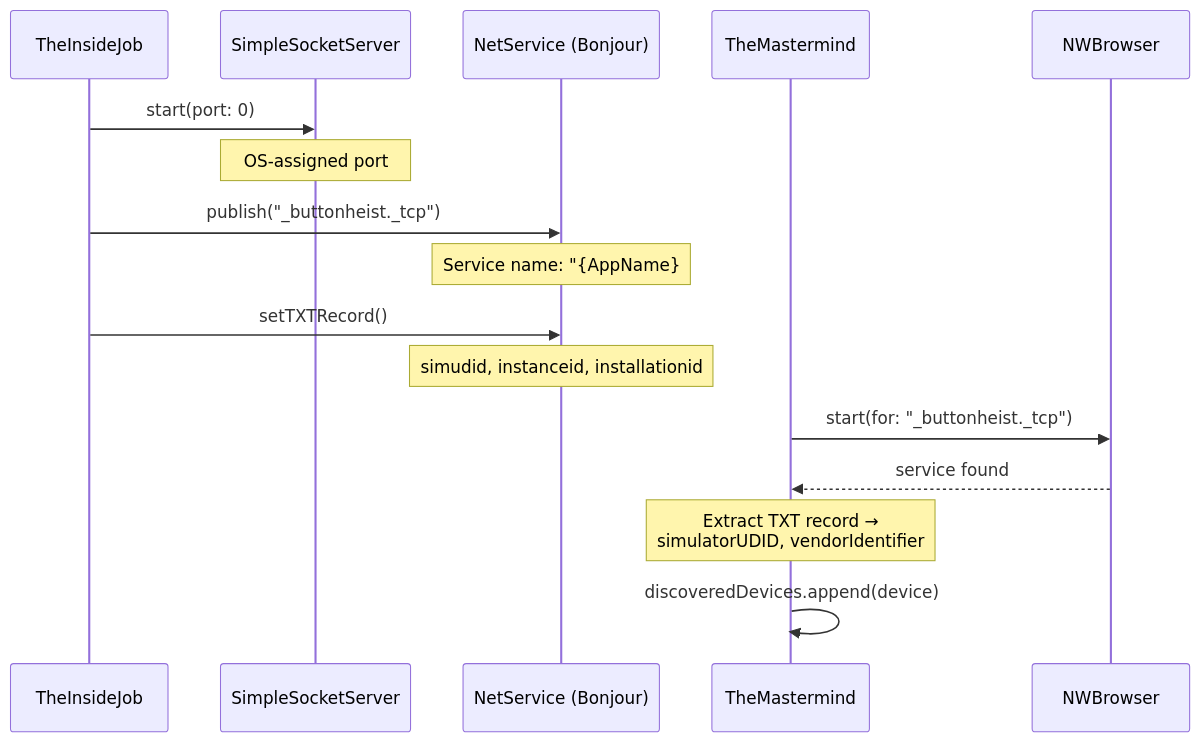
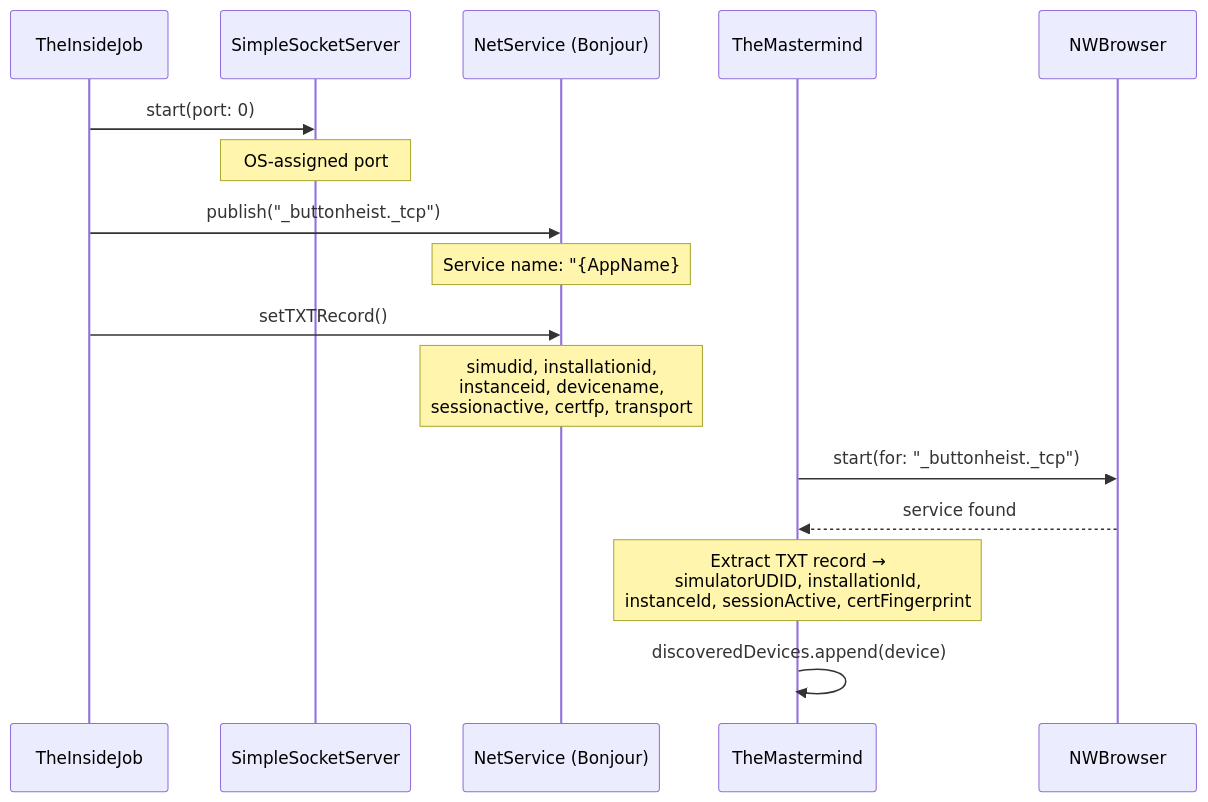
One commit to RoyalPineapple/TheButtonHeist changed the third of 8 diagrams in docs/ARCHITECTURE.md. Above: the diagram before and after it, drawn with Mermaid. The commit also changed other lines of this file and 30 other files, not shown here.

````diff
--- a/docs/ARCHITECTURE.md
+++ b/docs/ARCHITECTURE.md
@@ -380,20 +380,20 @@
 ```mermaid
 sequenceDiagram
     participant IJ as TheInsideJob
     participant SS as SimpleSocketServer
     participant NS as NetService (Bonjour)
     participant HC as TheMastermind
     participant NB as NWBrowser
 
     IJ->>SS: start(port: 0)
     Note over SS: OS-assigned port
     IJ->>NS: publish("_buttonheist._tcp")
     Note over NS: Service name: "{AppName}#{instanceId}"<br>instanceId = INSIDEJOB_ID or UUID prefix
     IJ->>NS: setTXTRecord()
-    Note over NS: simudid, instanceid, installationid
+    Note over NS: simudid, installationid,<br>instanceid, devicename,<br>sessionactive, certfp, transport
 
     HC->>NB: start(for: "_buttonheist._tcp")
     NB-->>HC: service found
-    Note over HC: Extract TXT record →<br>simulatorUDID, vendorIdentifier
+    Note over HC: Extract TXT record →<br>simulatorUDID, installationId,<br>instanceId, sessionActive, certFingerprint
     HC->>HC: discoveredDevices.append(device)
 ```
````
